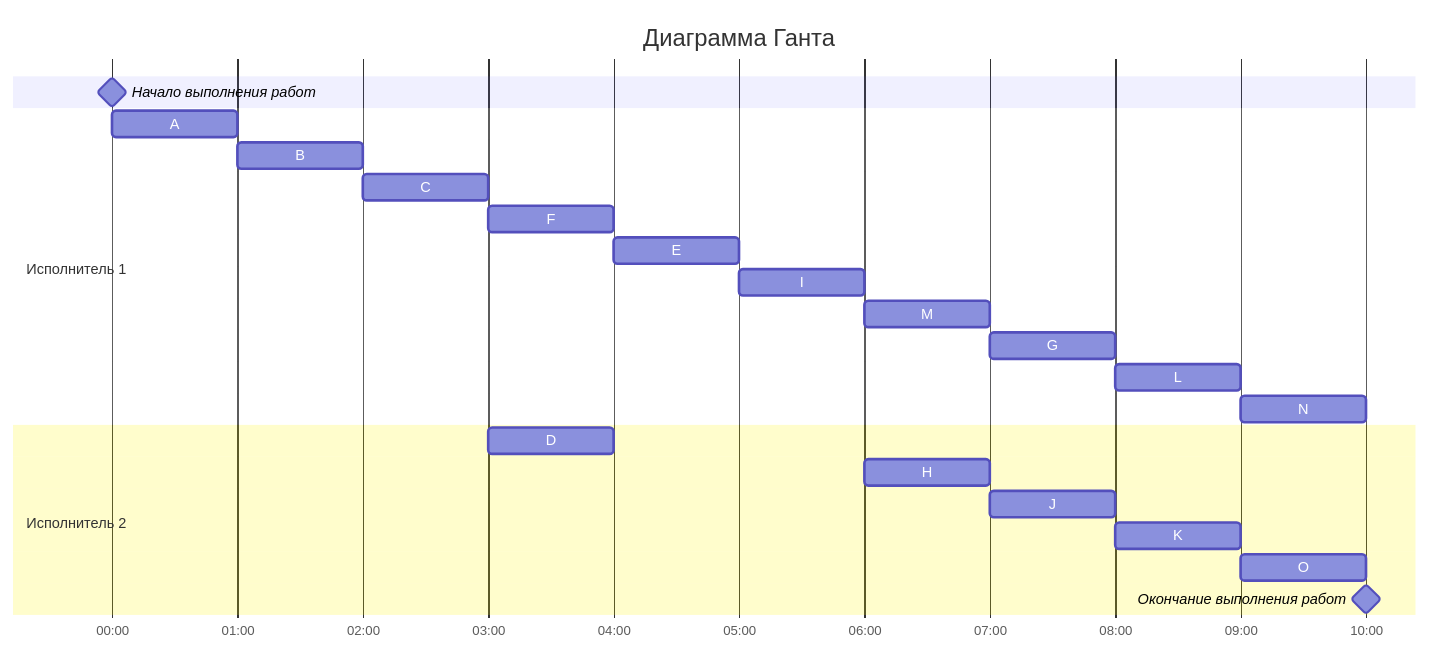
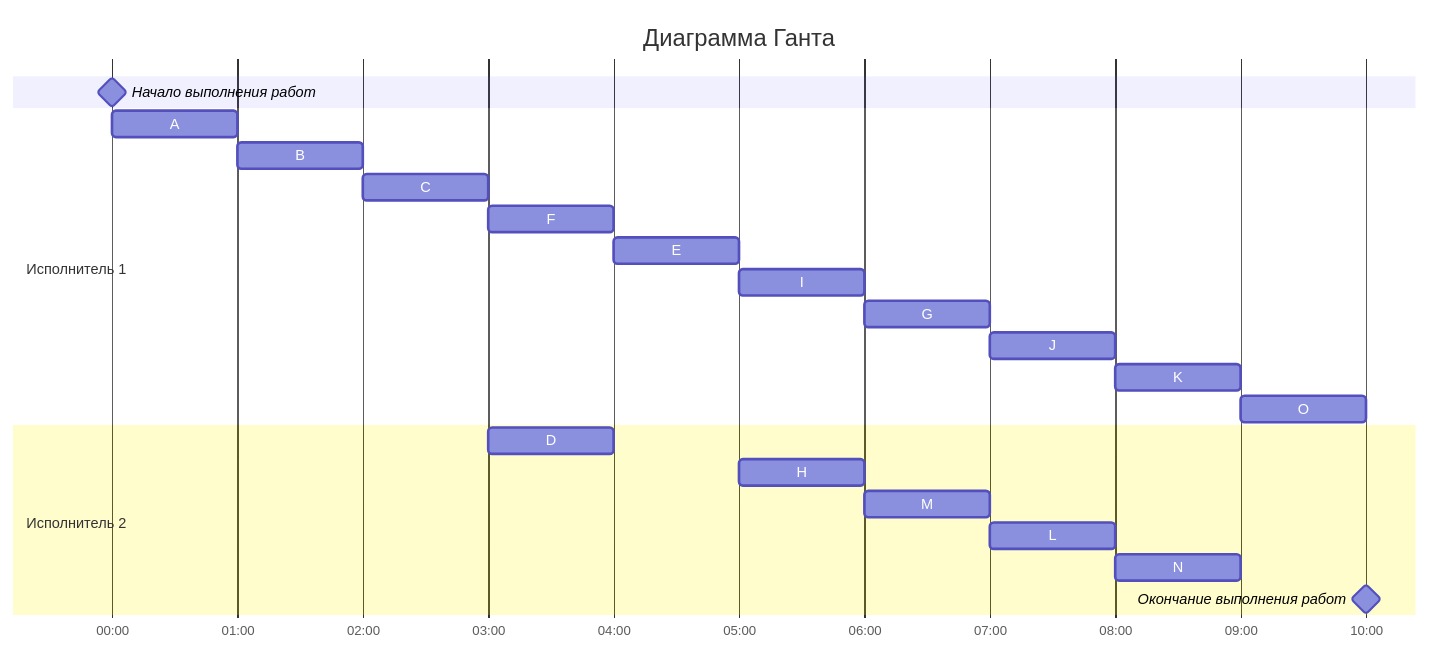
One commit to hse-algo-24-crow/manual-tasks-crow changed the fourth of 4 diagrams in task-7/biba-boba-task7.md. Above: the diagram before and after it, drawn with Mermaid. The commit also changed other lines of this file, not shown here.

````diff
--- a/task-7/biba-boba-task7.md
+++ b/task-7/biba-boba-task7.md
@@ -101,25 +101,25 @@
 ```mermaid
 gantt
     title Диаграмма Ганта
     dateFormat HH:mm    
     axisFormat %H:%M
     Начало выполнения работ : milestone, m1, 00:00, 0h
     section Исполнитель 1
     A         :c, 00:00, 1h
     B         :i, after c, 1h    
     C         :e, after i, 1h    
     F         :h, after e, 1h
     E         :a, after h, 1h
     I         :b, after a, 1h
-    M         :k, after b, 1h
-    G         :m, after k, 1h
-    L         :t, after m, 1h
-    N         :v, after t, 1h
+    G         :k, after b, 1h
+    J         :m, after k, 1h
+    K         :t, after m, 1h
+    O         :v, after t, 1h
     section Исполнитель 2
     D         :f, 03:00, 1h
-    H         :j, 06:00, 1h
-    J         :x, 07:00, 1h
-    K         :y, after x, 1h
-    O         :z, after y, 1h
+    H         :j, 05:00, 1h
+    M         :x, 06:00, 1h
+    L         :y, after x, 1h
+    N         :z, after y, 1h
     Окончание выполнения работ : milestone, m2, 10:00, 0h
 ```
````
